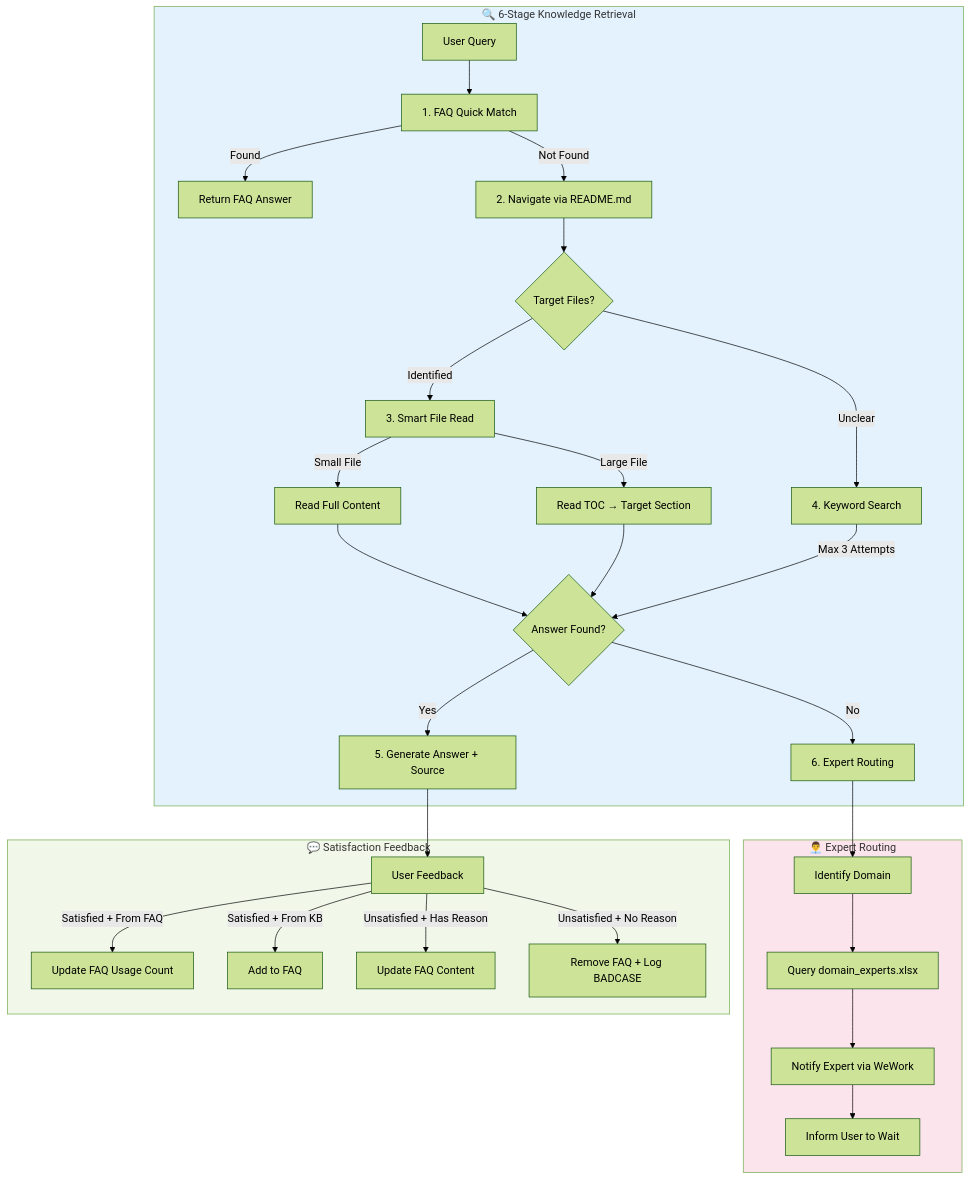
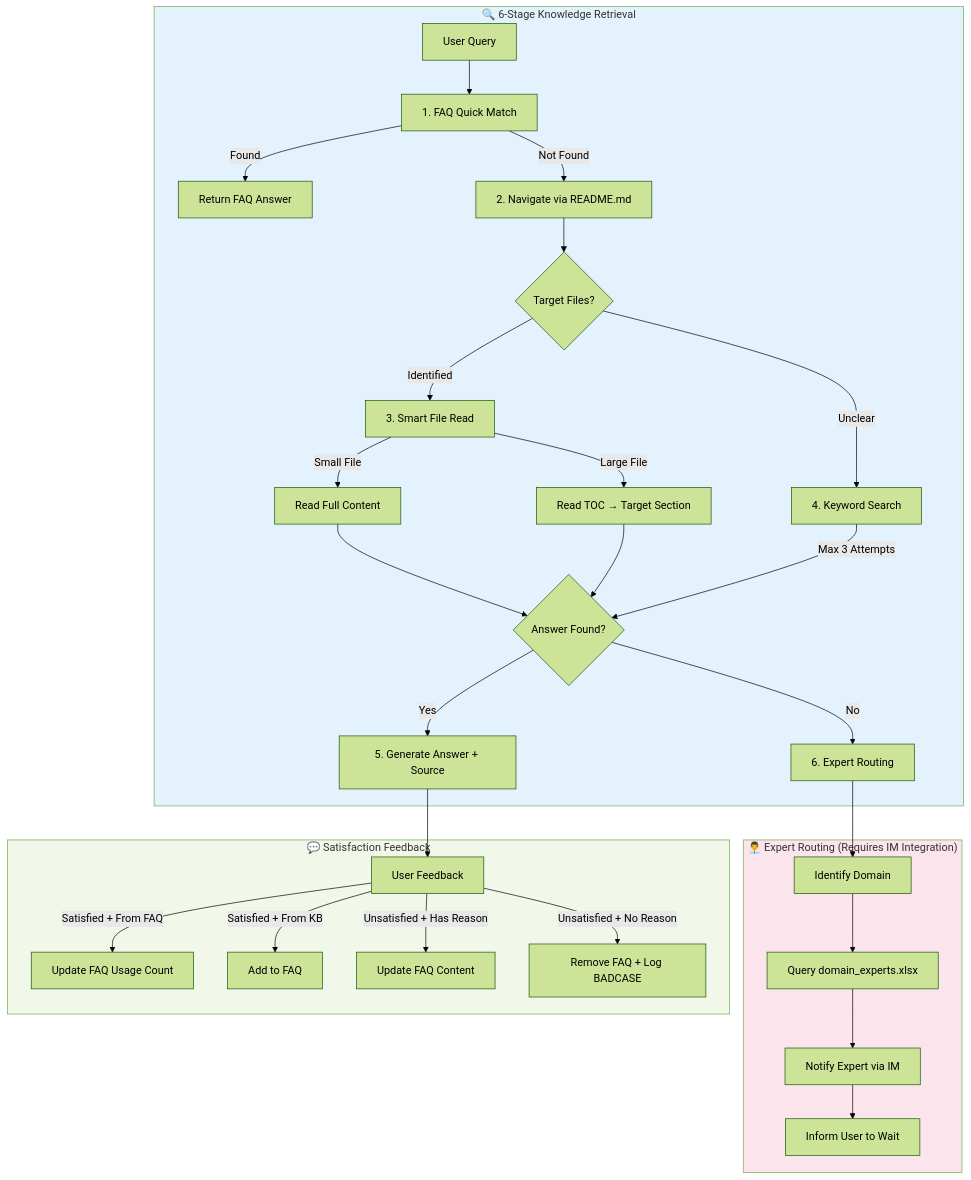
One commit to Harryoung/efka changed the second of 2 diagrams in README.md. Above: the diagram before and after it, drawn with Mermaid (forest theme). The commit also changed other lines of this file and 1 other file, not shown here.

````diff
--- a/README.md
+++ b/README.md
@@ -177,36 +167,36 @@
 ```mermaid
 flowchart TD
     subgraph Query["🔍 6-Stage Knowledge Retrieval"]
         A[User Query] --> B[1. FAQ Quick Match]
         B -->|Found| B1[Return FAQ Answer]
         B -->|Not Found| C[2. Navigate via README.md]
         C --> D{Target Files?}
         D -->|Identified| E[3. Smart File Read]
         D -->|Unclear| F[4. Keyword Search]
         E -->|Small File| E1[Read Full Content]
         E -->|Large File| E2[Read TOC → Target Section]
         E1 & E2 --> G{Answer Found?}
         F -->|Max 3 Attempts| G
         G -->|Yes| H[5. Generate Answer + Source]
         G -->|No| I[6. Expert Routing]
     end
 
-    subgraph Expert["👨‍💼 Expert Routing"]
+    subgraph Expert["👨‍💼 Expert Routing (Requires IM Integration)"]
         I --> I1[Identify Domain]
         I1 --> I2[Query domain_experts.xlsx]
-        I2 --> I3[Notify Expert via WeWork]
+        I2 --> I3[Notify Expert via IM]
         I3 --> I4[Inform User to Wait]
     end
 
     subgraph Feedback["💬 Satisfaction Feedback"]
         H --> J[User Feedback]
         J -->|Satisfied + From FAQ| K1[Update FAQ Usage Count]
         J -->|Satisfied + From KB| K2[Add to FAQ]
         J -->|Unsatisfied + Has Reason| K3[Update FAQ Content]
         J -->|Unsatisfied + No Reason| K4[Remove FAQ + Log BADCASE]
     end
 
     style Query fill:#e3f2fd
     style Expert fill:#fce4ec
     style Feedback fill:#f1f8e9
 ```
````
